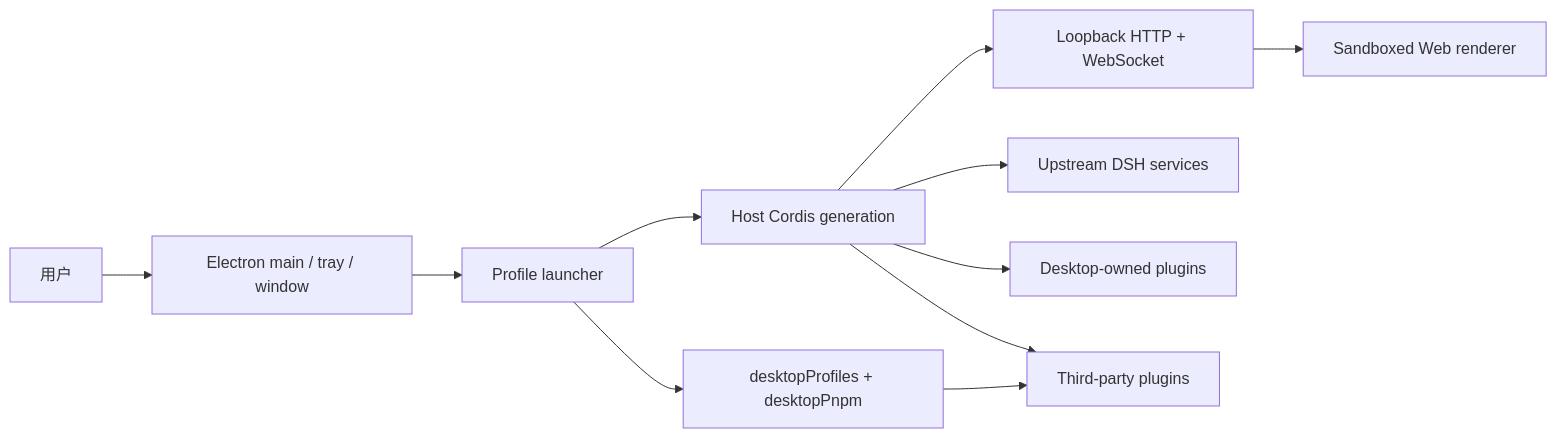
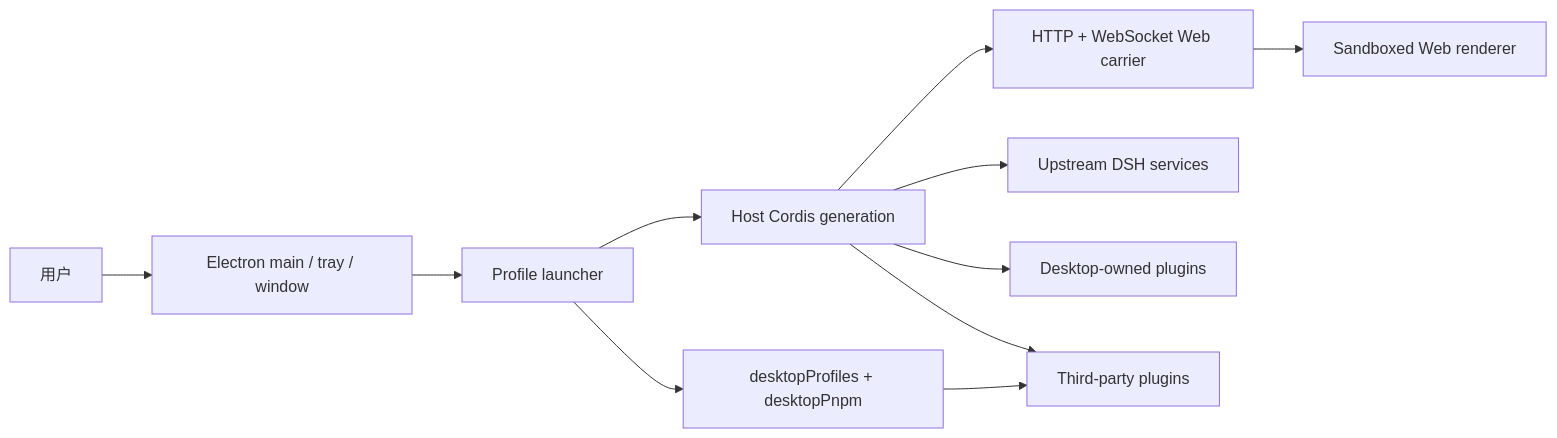
One commit to LCorleone/deepseek-harness-desktop changed the diagram in docs/architecture.md. Above: the diagram before and after it, drawn with Mermaid. The commit also changed other lines of this file and 56 other files, not shown here.

````diff
--- a/docs/architecture.md
+++ b/docs/architecture.md
@@ -7,13 +7,13 @@
 ```mermaid
 flowchart LR
   User[用户] --> Native[Electron main / tray / window]
   Native --> Launcher[Profile launcher]
   Launcher --> Host[Host Cordis generation]
-  Host --> Carrier[Loopback HTTP + WebSocket]
+  Host --> Carrier[HTTP + WebSocket Web carrier]
   Carrier --> Renderer[Sandboxed Web renderer]
   Host --> Upstream[Upstream DSH services]
   Host --> Desktop[Desktop-owned plugins]
   Host --> ThirdParty[Third-party plugins]
   Launcher --> Services[desktopProfiles + desktopPnpm]
   Services --> ThirdParty
 ```
````
